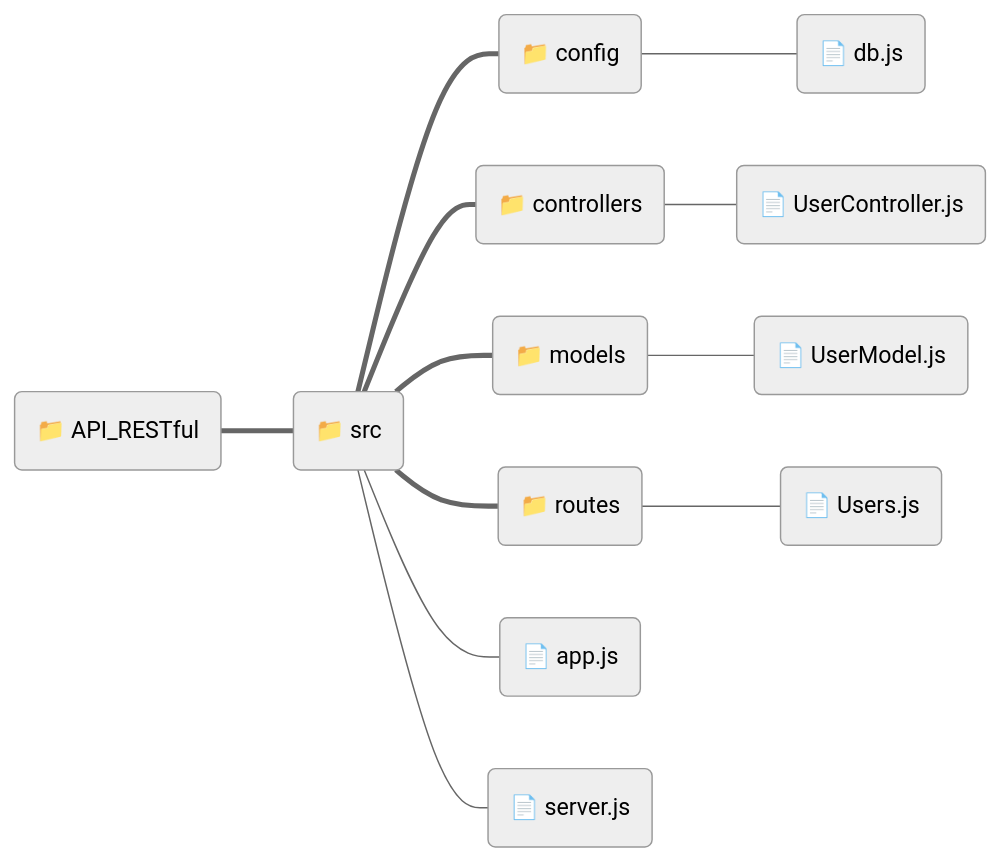
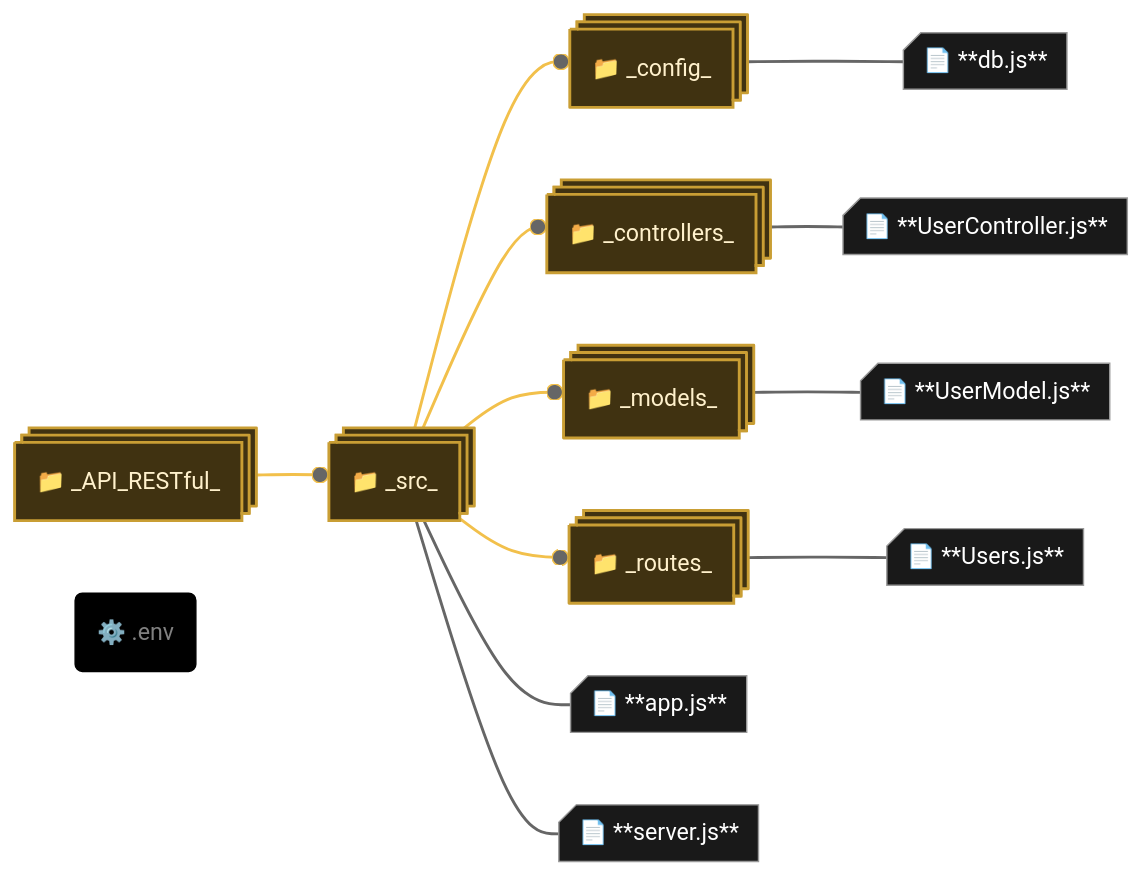
One commit to henrygoncalvess/API_REST_fastify changed the diagram in README.md. Above: the diagram before and after it, drawn with Mermaid (neutral theme).

Commit message:
estrutura de pastas com mermaid OK

````diff
--- a/README.md
+++ b/README.md
@@ -27,28 +27,48 @@
 ``` mermaid
 flowchart LR
-    root("📁 API_RESTful")
-    root === src("📁 src")
-    src === config("📁 config")
-    config --- db.js("📄 db.js")
-    src === controllers("📁 controllers")
-    controllers --- UserController.js("📄 UserController.js")
-    src === models("📁 models")
-    models --- UserModel.js("📄 UserModel.js")
-    src === routes("📁 routes")
-    routes --- Users.js("📄 Users.js")
-    src --- app.js("📄 app.js")
-    src --- server.js("📄 server.js")
+    crud("📁 _API_RESTful_")@{ shape: processes }
+    crud --o src("📁 _src_")@{ shape: processes }
+    src --o config("📁 _config_")@{ shape: processes }
+    config --- db.js("📄 **db.js**")@{ shape: card }
+    src --o controllers("📁 _controllers_")@{ shape: processes }
+    controllers --- UserController.js("📄 **UserController.js**")@{ shape: card }
+    src --o models("📁 _models_")@{ shape: processes }
+    models --- UserModel.js("📄 **UserModel.js**")@{ shape: card }
+    src --o routes("📁 _routes_")@{ shape: processes }
+    routes --- Users.js("📄 **Users.js**")@{ shape: card }
+    src --- app.js("📄 **app.js**")@{ shape: card }
+    src --- server.js("📄 **server.js**")@{ shape: card }
+    env("⚙️ .env")
+
+    %%CLASSES
+    classDef default fill:#191919,color:white;
+    
+    classDef pasta fill:#403211,stroke:#c99e34,stroke-width:2px,color:#fff1cc;
+    classDef envStyle fill:#000000,stroke:#000000,color:gray;
+
+    %%aplicação de classes
+    class crud,src,config,controllers,models,routes pasta
+    class env envStyle
+
+
+
+    %%LINKS
+    
+    %%pastas
+    linkStyle 0,1,3,5,7 stroke:#f2c04b
+
+    %%arquivos
+    linkStyle default stroke-width:2px;
 
     click src "https://github.com/henrygoncalvess/API_RESTful/tree/main/src"
     click config "https://github.com/henrygoncalvess/API_RESTful/tree/main/src/config"
     click db.js "https://github.com/henrygoncalvess/API_RESTful/tree/main/src/config/db.js"
     click controllers "https://github.com/henrygoncalvess/API_RESTful/tree/main/src/controllers"
     click UserController.js "https://github.com/henrygoncalvess/API_RESTful/tree/main/src/controllers/UserController.js"
     click models "https://github.com/henrygoncalvess/API_RESTful/tree/main/src/models"
     click UserModel.js "https://github.com/henrygoncalvess/API_RESTful/tree/main/src/models/UserModel.js"
     click routes "https://github.com/henrygoncalvess/API_RESTful/tree/main/src/routes"
-    click Users.js "https://github.com/henrygoncalvess/API_RESTful/tree/main/src/routes/Users.js"
+    click Users.js "https://github.com/henrygoncalvess/API_RESTful/tree/main/src/routes/users.js"
     click app.js "https://github.com/henrygoncalvess/API_RESTful/tree/main/src/app.js"
     click server.js "https://github.com/henrygoncalvess/API_RESTful/tree/main/src/server.js"
-
 ```
````
